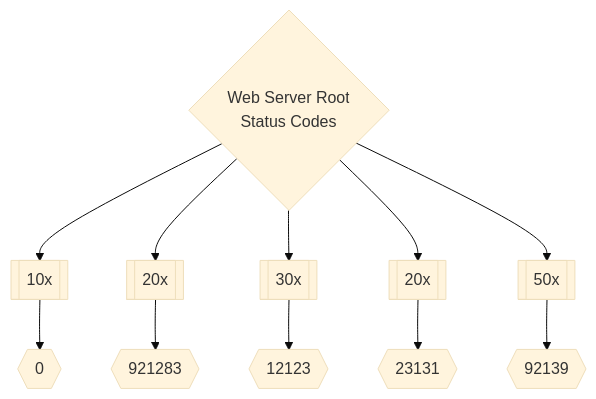
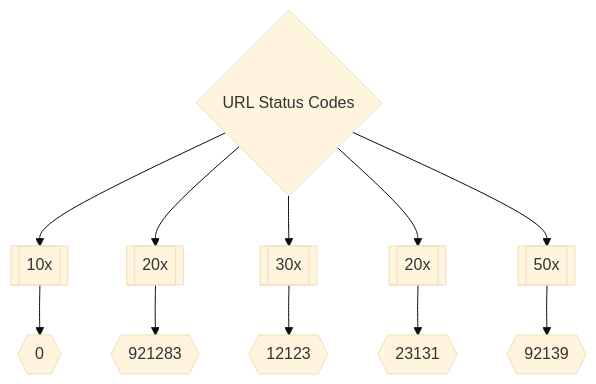
Before and after one commit to trickest/inventory: the second of 3 diagrams in README.md, drawn with Mermaid (base theme).

````diff
--- a/README.md
+++ b/README.md
@@ -18,8 +18,8 @@
 ```mermaid
 graph TD
-title{Web Server Root<br>Status Codes} --> 10x[[10x]] --> Num10x{{0}}
+title{URL Status Codes} --> 10x[[10x]] --> Num10x{{0}}
 title --> 20x[[20x]] --> status20xNum{{921283}}
 title --> 30x[[30x]] --> status30xNum{{12123}}
 title --> 40x[[20x]] --> status40xNum{{23131}}
 title --> 50x[[50x]] --> status50xNum{{92139}}
 ```
````
